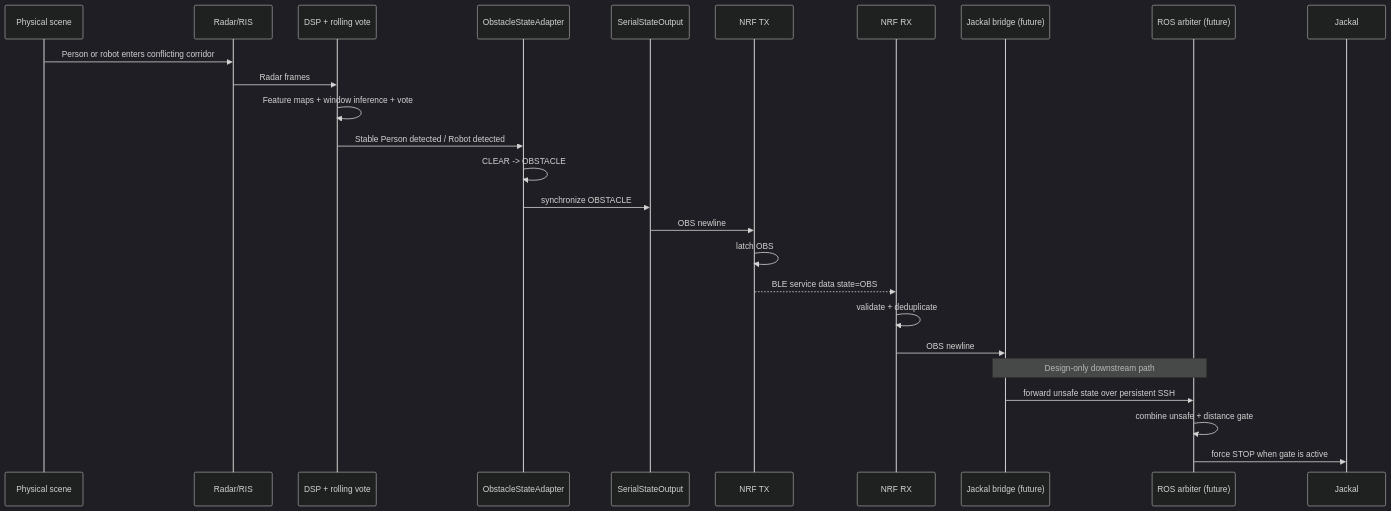
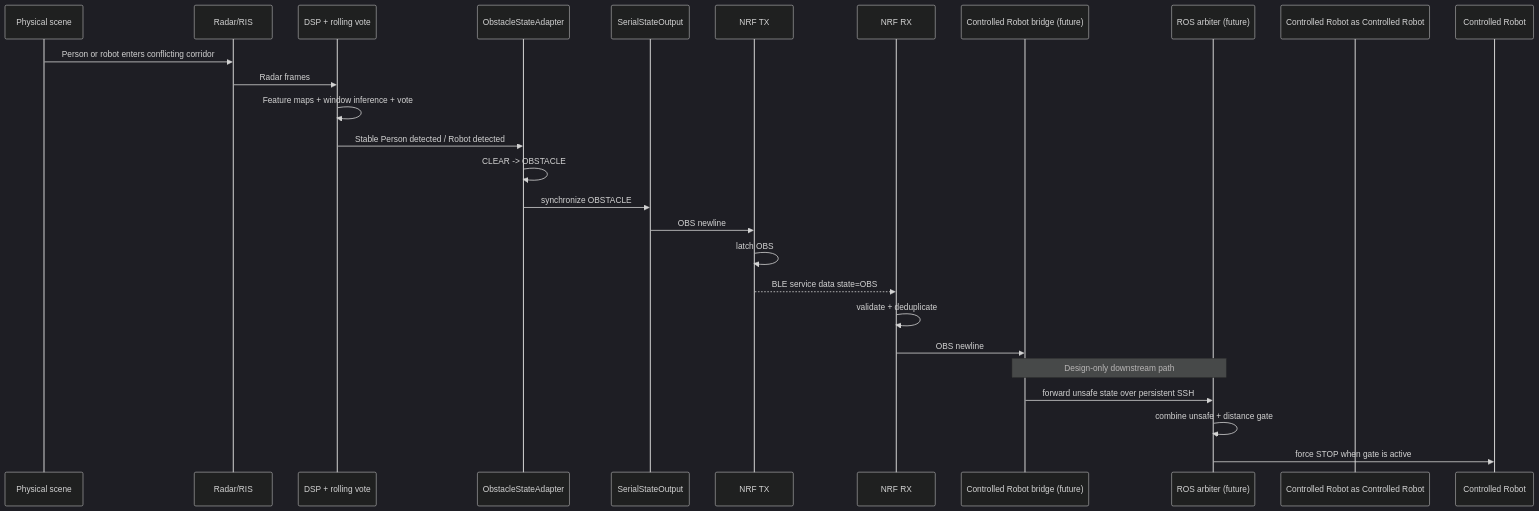
Before and after one commit to kirolossedra/RIS-Robotics: the fourth of 12 diagrams in system/uml.md, drawn with Mermaid (dark theme). The commit also changed other lines of this file and 7 other files, not shown here.

````diff
--- a/system/uml.md
+++ b/system/uml.md
@@ -251,29 +251,29 @@
 ```mermaid
 sequenceDiagram
     participant Scene as Physical scene
     participant Radar as Radar/RIS
     participant DSP as DSP + rolling vote
     participant Adapter as ObstacleStateAdapter
     participant Serial as SerialStateOutput
     participant TX as NRF TX
     participant RX as NRF RX
-    participant Bridge as Jackal bridge (future)
+    participant Bridge as Controlled Robot bridge (future)
     participant Arbiter as ROS arbiter (future)
-    participant Jackal as Jackal
+    participant Controlled Robot as Controlled Robot
 
     Scene->>Radar: Person or robot enters conflicting corridor
     Radar->>DSP: Radar frames
     DSP->>DSP: Feature maps + window inference + vote
     DSP->>Adapter: Stable Person detected / Robot detected
     Adapter->>Adapter: CLEAR -> OBSTACLE
     Adapter->>Serial: synchronize OBSTACLE
     Serial->>TX: OBS newline
     TX->>TX: latch OBS
     TX-->>RX: BLE service data state=OBS
     RX->>RX: validate + deduplicate
     RX->>Bridge: OBS newline
     Note over Bridge,Arbiter: Design-only downstream path
     Bridge->>Arbiter: forward unsafe state over persistent SSH
     Arbiter->>Arbiter: combine unsafe + distance gate
-    Arbiter->>Jackal: force STOP when gate is active
+    Arbiter->>Controlled Robot: force STOP when gate is active
 ```
````
